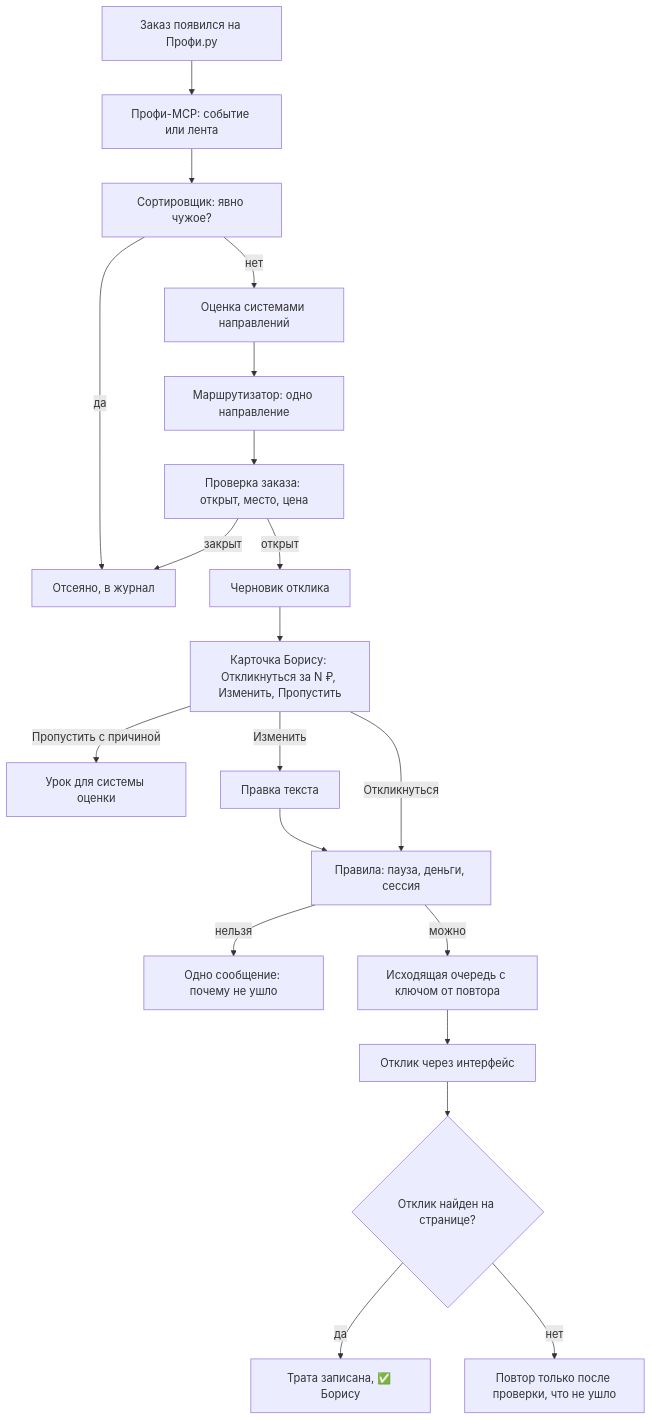
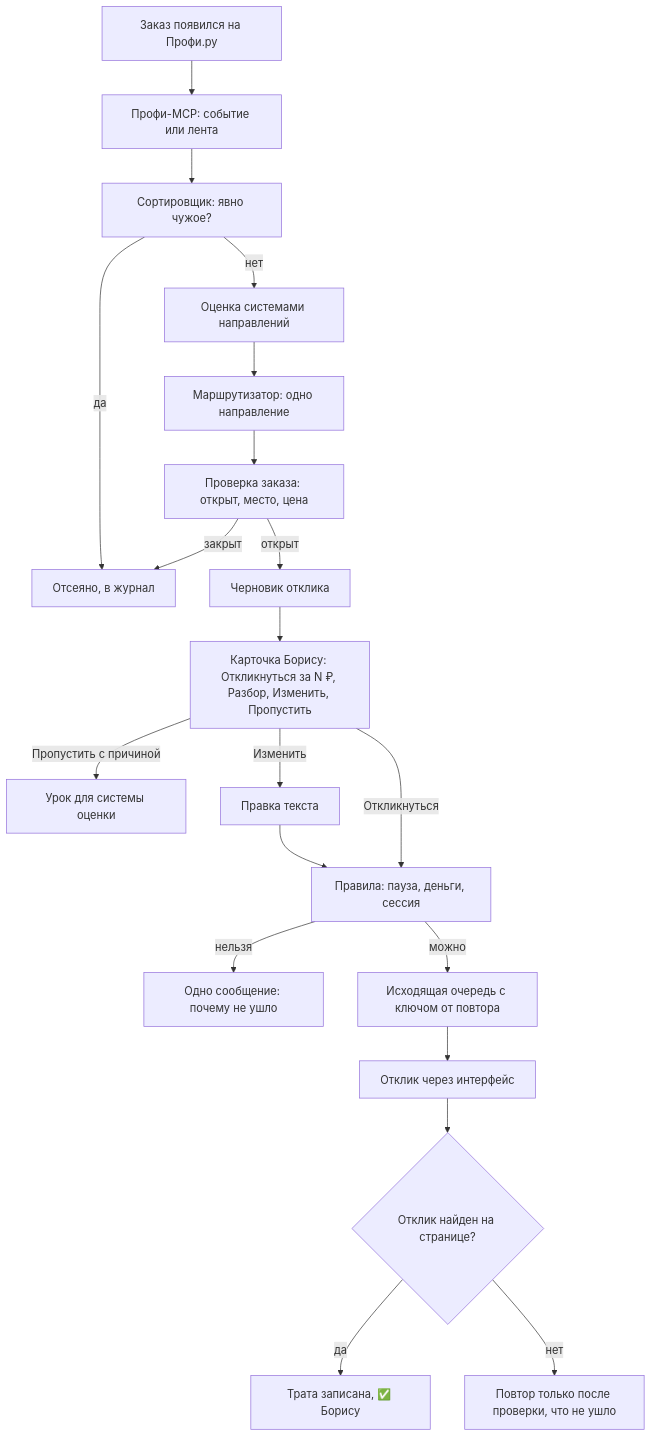
The fourth of 8 diagrams in docs/ux/user-flows.md (natadvn-hance/sara), drawn with Mermaid before and after one commit. The commit also changed 18 other files, not shown here.

````diff
--- a/docs/ux/user-flows.md
+++ b/docs/ux/user-flows.md
@@ -67,21 +67,21 @@
 ```mermaid
 flowchart TD
   A[Заказ появился на Профи.ру] --> B[Профи-MCP: событие или лента]
   B --> C[Сортировщик: явно чужое?]
   C -- да --> X[Отсеяно, в журнал]
   C -- нет --> D[Оценка системами направлений]
   D --> E[Маршрутизатор: одно направление]
   E --> F[Проверка заказа: открыт, место, цена]
   F -- закрыт --> X
   F -- открыт --> G[Черновик отклика]
-  G --> H[Карточка Борису: Откликнуться за N ₽, Изменить, Пропустить]
+  G --> H[Карточка Борису: Откликнуться за N ₽, Разбор, Изменить, Пропустить]
   H -- Пропустить с причиной --> Y[Урок для системы оценки]
   H -- Изменить --> I[Правка текста] --> J
   H -- Откликнуться --> J[Правила: пауза, деньги, сессия]
   J -- нельзя --> Z[Одно сообщение: почему не ушло]
   J -- можно --> K[Исходящая очередь с ключом от повтора]
   K --> L[Отклик через интерфейс]
   L --> M{Отклик найден на странице?}
   M -- да --> N[Трата записана, ✅ Борису]
   M -- нет --> O[Повтор только после проверки, что не ушло]
 ```
````
